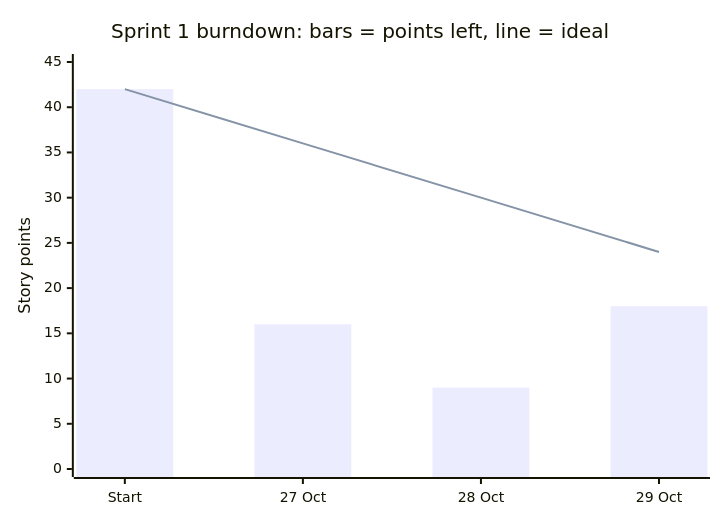
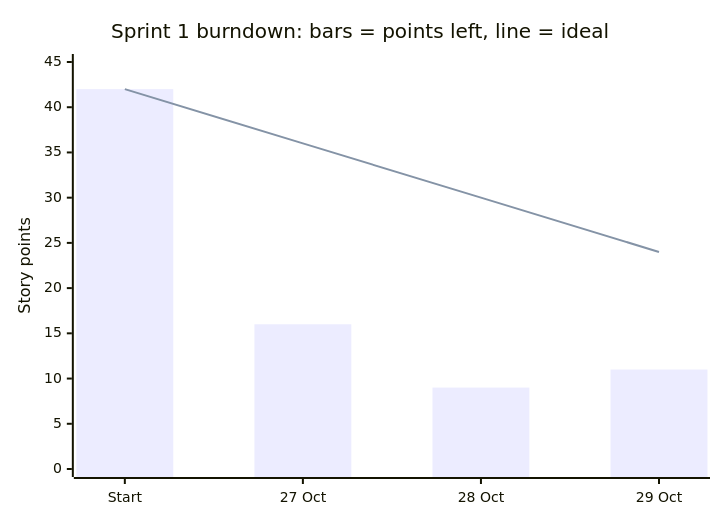
Before and after one commit to ADRIAN-NEATU/portfolio-health-check: the diagram in docs/sprint-1.md, drawn with Mermaid. The commit also changed other lines of this file and 12 other files, not shown here.

````diff
--- a/docs/sprint-1.md
+++ b/docs/sprint-1.md
@@ -65,8 +65,8 @@
 ```mermaid
 xychart-beta
     title "Sprint 1 burndown: bars = points left, line = ideal"
     x-axis ["Start", "27 Oct", "28 Oct", "29 Oct"]
     y-axis "Story points" 0 --> 45
-    bar [42, 16, 9, 18]
+    bar [42, 16, 9, 11]
     line [42, 36, 30, 24]
 ```
````
